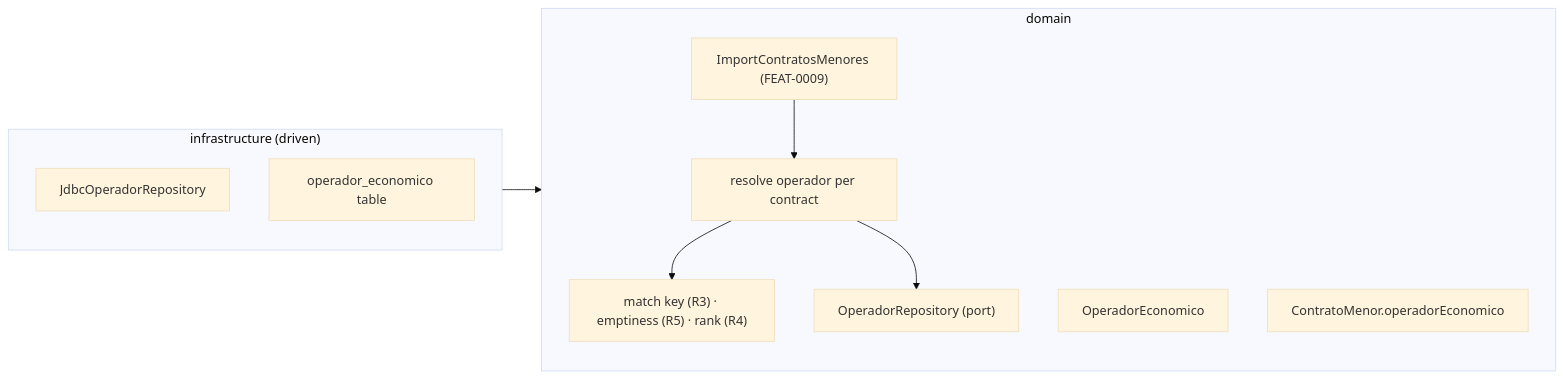
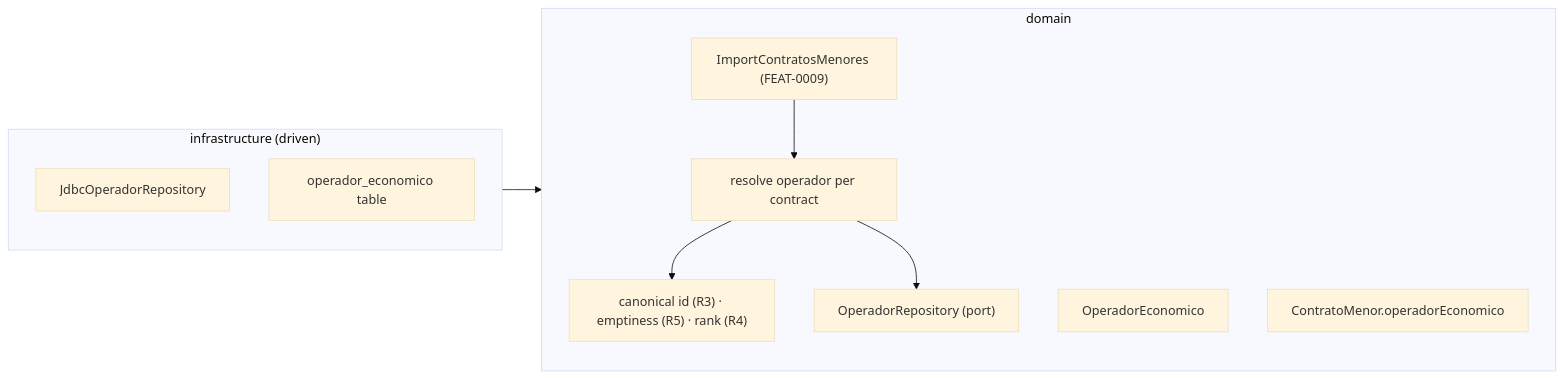
The first of 3 diagrams in docs/features/FEAT-0010-operadores-economicos-base/README.md (earelin/conxugal), drawn with Mermaid (base theme) before and after one commit. The commit also changed other lines of this file and 10 other files, not shown here.

````diff
--- a/docs/features/FEAT-0010-operadores-economicos-base/README.md
+++ b/docs/features/FEAT-0010-operadores-economicos-base/README.md
@@ -102,19 +102,19 @@
 ```mermaid
 flowchart LR
     subgraph domain["domain"]
         importUseCase["ImportContratosMenores (FEAT-0009)"]
         derive["resolve operador per contract"]
-        rules["match key (R3) · emptiness (R5) · rank (R4)"]
+        rules["canonical id (R3) · emptiness (R5) · rank (R4)"]
         operador["OperadorEconomico"]
         operadorRepo["OperadorRepository (port)"]
         contrato["ContratoMenor.operadorEconomico"]
     end
     subgraph infrastructure["infrastructure (driven)"]
         jdbc["JdbcOperadorRepository"]
         migration["operador_economico table"]
     end
     importUseCase --> derive
     derive --> rules
     derive --> operadorRepo
     infrastructure --> domain
 ```
````
